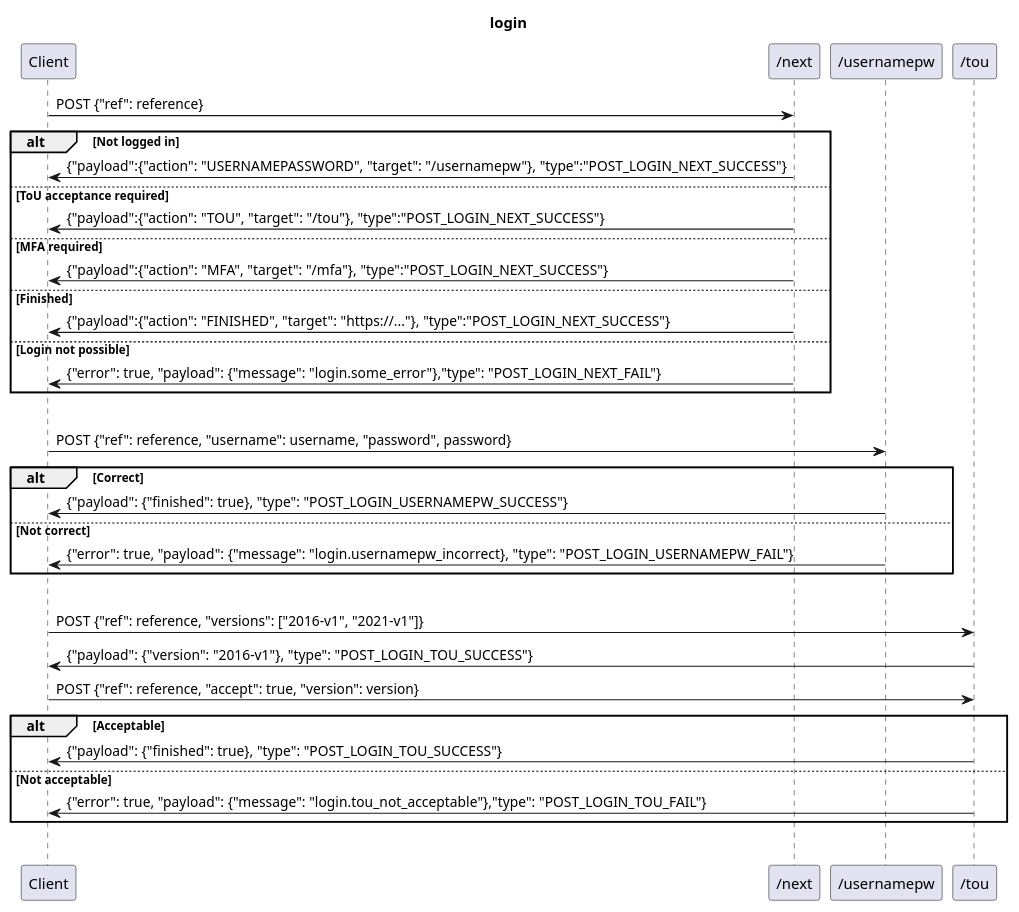
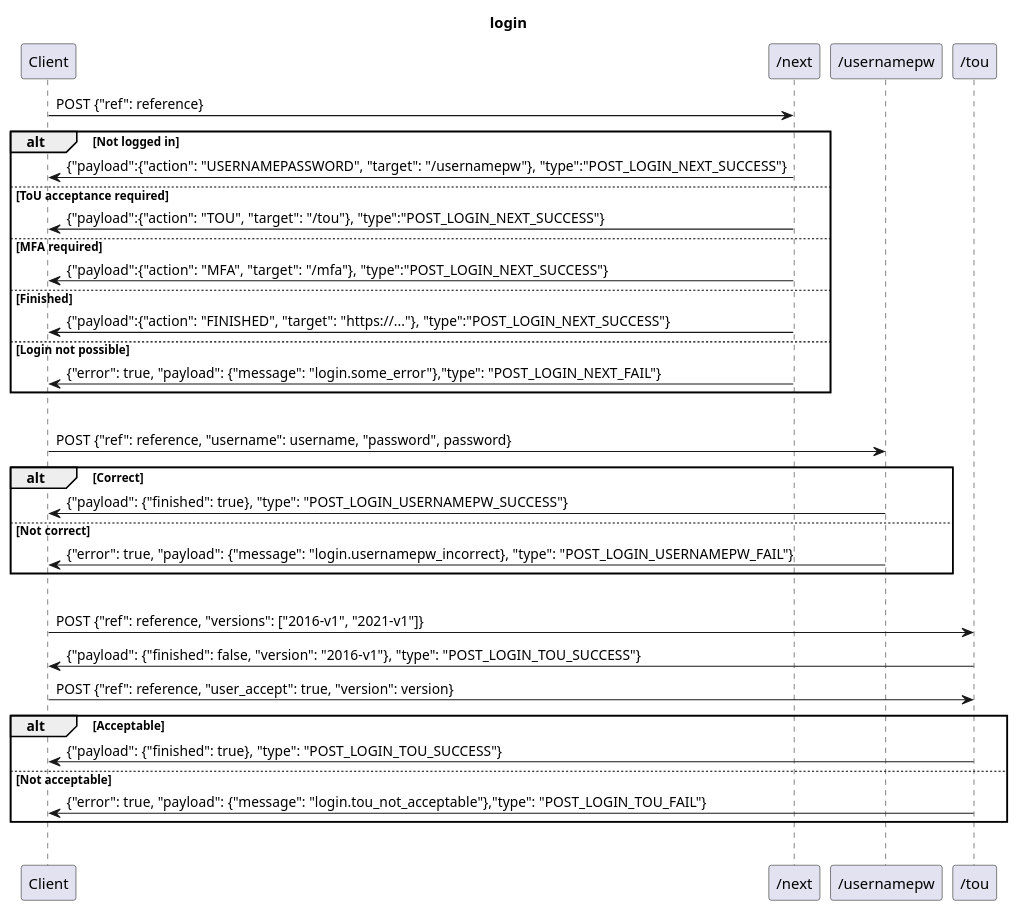
One commit to SUNET/eduid-backend changed the diagram in doc/login.puml. Above: the diagram before and after it, drawn with PlantUML. The commit also changed 1 other file, not shown here.

Commit message:
some more tou tinkering

```diff
--- a/doc/login.puml
+++ b/doc/login.puml
@@ -1,38 +1,38 @@
 @startuml
 title login
 
 Client->"/next": POST {"ref": reference}
 alt Not logged in
     "/next"->Client: {"payload":{"action": "USERNAMEPASSWORD", "target": "/usernamepw"}, "type":"POST_LOGIN_NEXT_SUCCESS"}
 else ToU acceptance required
     "/next"->Client: {"payload":{"action": "TOU", "target": "/tou"}, "type":"POST_LOGIN_NEXT_SUCCESS"}
 else MFA required
     "/next"->Client: {"payload":{"action": "MFA", "target": "/mfa"}, "type":"POST_LOGIN_NEXT_SUCCESS"}
 else Finished
     "/next"->Client: {"payload":{"action": "FINISHED", "target": "https://..."}, "type":"POST_LOGIN_NEXT_SUCCESS"}
 else Login not possible
     "/next"->Client: {"error": true, "payload": {"message": "login.some_error"},"type": "POST_LOGIN_NEXT_FAIL"}
 end
 |||
 
 Client->"/usernamepw": POST {"ref": reference, "username": username, "password", password}
 alt Correct
     "/usernamepw"->Client: {"payload": {"finished": true}, "type": "POST_LOGIN_USERNAMEPW_SUCCESS"}
 else Not correct
     "/usernamepw"->Client: {"error": true, "payload": {"message": "login.usernamepw_incorrect}, "type": "POST_LOGIN_USERNAMEPW_FAIL"}
 end
 |||
 
 Client->"/tou": POST {"ref": reference, "versions": ["2016-v1", "2021-v1"]}
-"/tou"->Client: {"payload": {"version": "2016-v1"}, "type": "POST_LOGIN_TOU_SUCCESS"}
+"/tou"->Client: {"payload": {"finished": false, "version": "2016-v1"}, "type": "POST_LOGIN_TOU_SUCCESS"}
 
 
-Client->"/tou": POST {"ref": reference, "accept": true, "version": version}
+Client->"/tou": POST {"ref": reference, "user_accept": true, "version": version}
 alt Acceptable
     "/tou"->Client: {"payload": {"finished": true}, "type": "POST_LOGIN_TOU_SUCCESS"}
 else Not acceptable
     "/tou"->Client: {"error": true, "payload": {"message": "login.tou_not_acceptable"},"type": "POST_LOGIN_TOU_FAIL"}
 end
 |||
 
 @enduml
```
